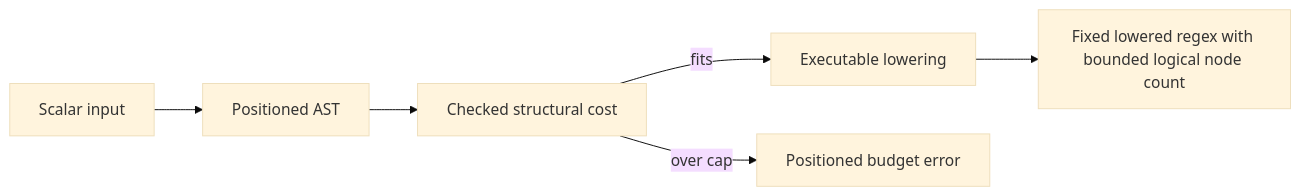
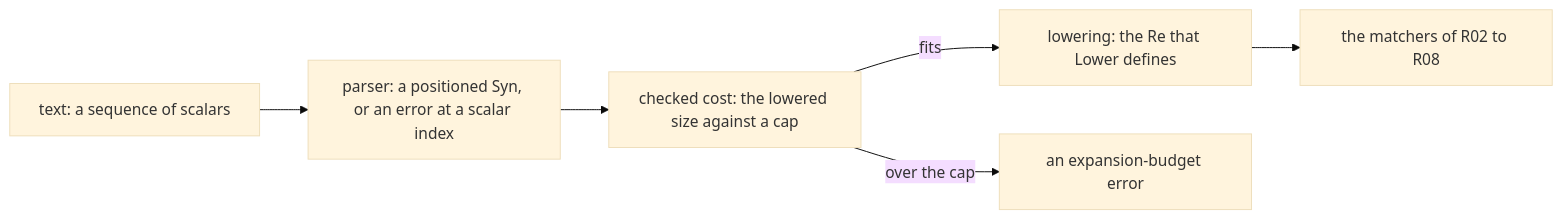
Before and after one commit to leobwang/dafny-verus-learn-0: the second of 3 diagrams in docs/R09_Effects.md, drawn with Mermaid (base theme). The commit also changed other lines of this file and 56 other files, not shown here.

````diff
--- a/docs/R09_Effects.md
+++ b/docs/R09_Effects.md
@@ -255,8 +871,8 @@
 ```mermaid
 flowchart LR
-  I["Scalar input"] --> A["Positioned AST"]
-  A --> C["Checked structural cost"]
-  C -->|"fits"| L["Executable lowering"]
-  C -->|"over cap"| E["Positioned budget error"]
-  L --> R["Fixed lowered regex with bounded logical node count"]
+  T["text: a sequence of scalars"] --> P["parser: a positioned Syn, or an error at a scalar index"]
+  P --> C["checked cost: the lowered size against a cap"]
+  C -->|"fits"| L["lowering: the Re that Lower defines"]
+  C -->|"over the cap"| E["an expansion-budget error"]
+  L --> M["the matchers of R02 to R08"]
 ```
````
